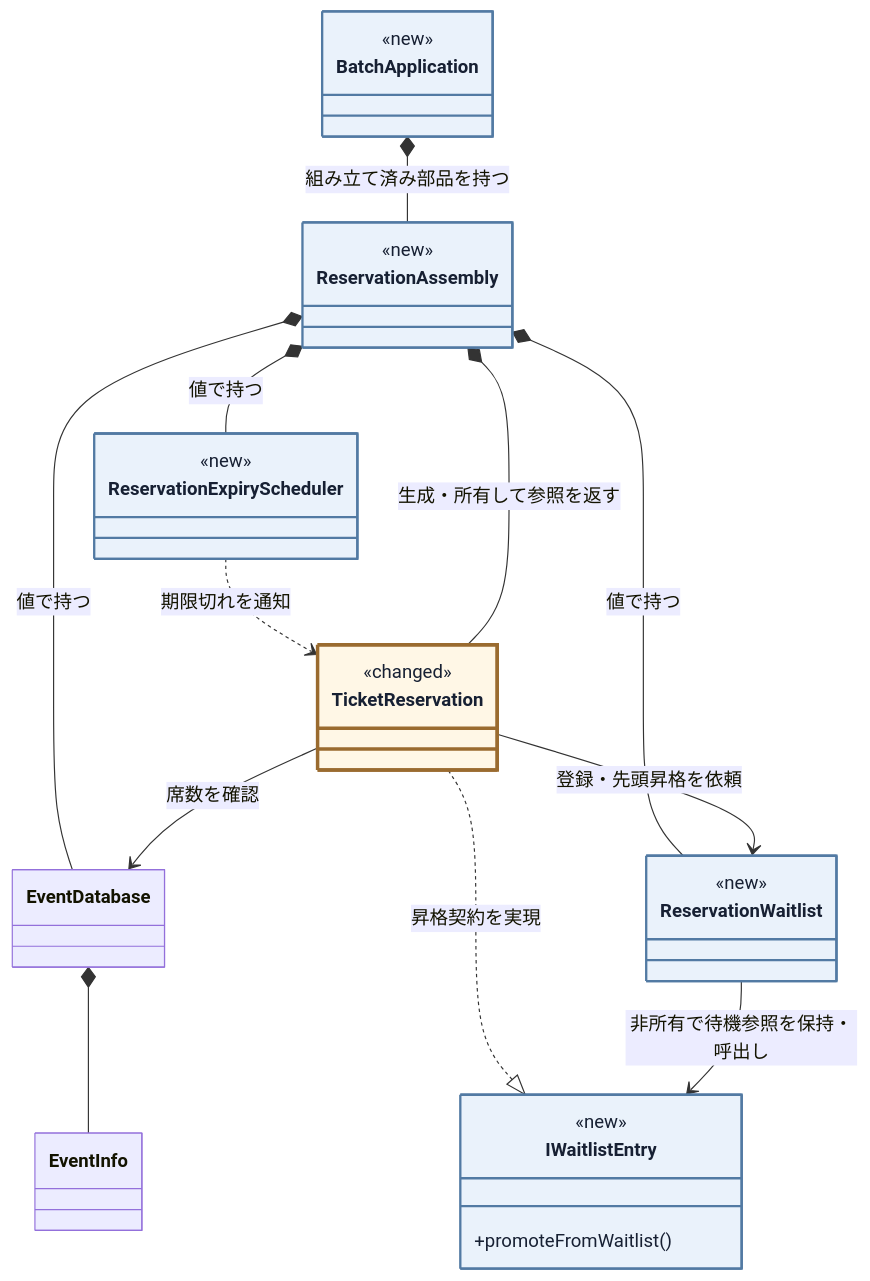
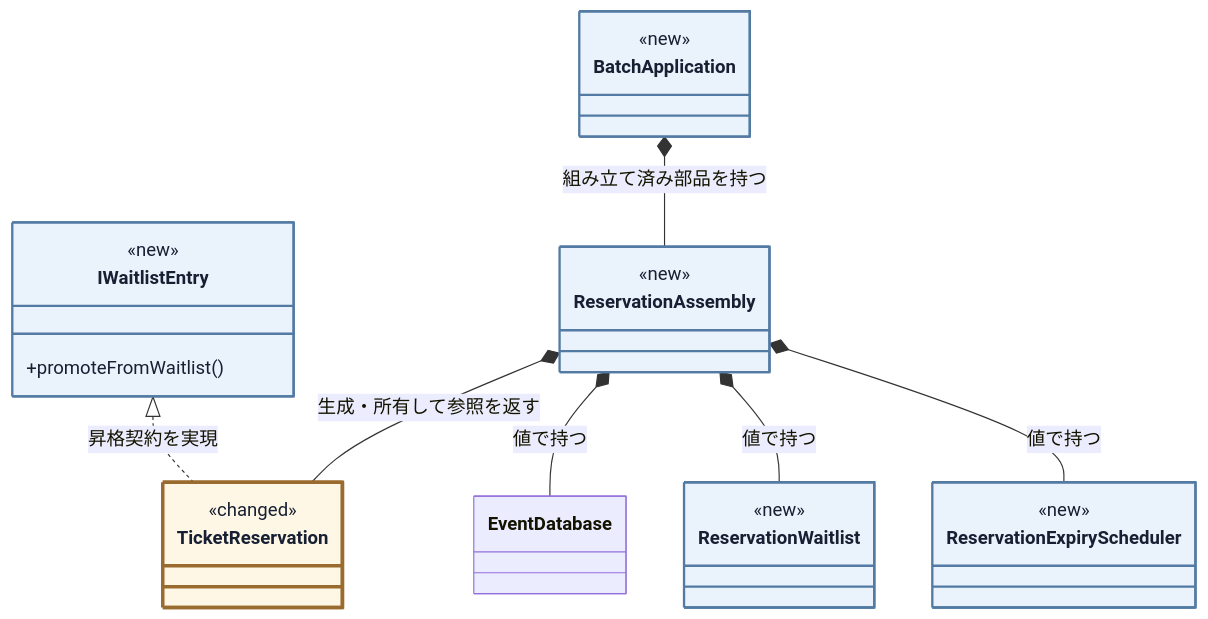
Before and after one commit to kumachan1101-pixel/DesignPattern: diagram 20 of 25 in kindle/design-patterns/books/volume01-core-patterns/output/04-chapter02.md, drawn with Mermaid. The commit also changed other lines of this file and 7 other files, not shown here.

````diff
--- a/kindle/design-patterns/books/volume01-core-patterns/output/04-chapter02.md
+++ b/kindle/design-patterns/books/volume01-core-patterns/output/04-chapter02.md
@@ -1977,40 +2069,34 @@
 ```mermaid
 classDiagram
     direction TB
     class TicketReservation:::touched {
         <<changed>>
     }
     class EventDatabase
-    class EventInfo
     class ReservationWaitlist:::added {
         <<new>>
     }
     class IWaitlistEntry:::added {
         <<new>>
         <<interface>>
         +promoteFromWaitlist()
     }
     class ReservationExpiryScheduler:::added {
         <<new>>
     }
     class ReservationAssembly:::added {
         <<new>>
     }
     class BatchApplication:::added {
         <<new>>
     }
-    TicketReservation --> EventDatabase : 席数を確認
     IWaitlistEntry <|.. TicketReservation : 昇格契約を実現
-    TicketReservation --> ReservationWaitlist : 登録・先頭昇格を依頼
-    ReservationWaitlist --> IWaitlistEntry : 非所有で待機参照を保持・呼出し
-    EventDatabase *-- EventInfo
     ReservationAssembly *-- TicketReservation : 生成・所有して参照を返す
     ReservationAssembly *-- EventDatabase : 値で持つ
     ReservationAssembly *-- ReservationWaitlist : 値で持つ
     ReservationAssembly *-- ReservationExpiryScheduler : 値で持つ
     BatchApplication *-- ReservationAssembly : 組み立て済み部品を持つ
-    ReservationExpiryScheduler ..> TicketReservation : 期限切れを通知
 
     classDef added fill:#eaf2fb,stroke:#527aa3,stroke-width:2px,color:#172033;
     classDef touched fill:#fff7e6,stroke:#9a6b2f,stroke-width:3px,color:#172033;
 ```
````
